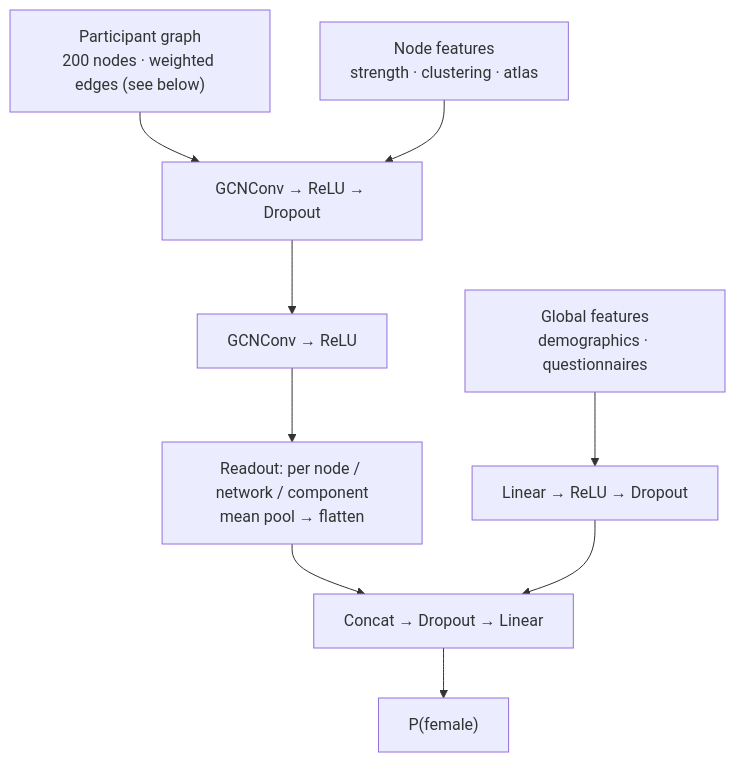
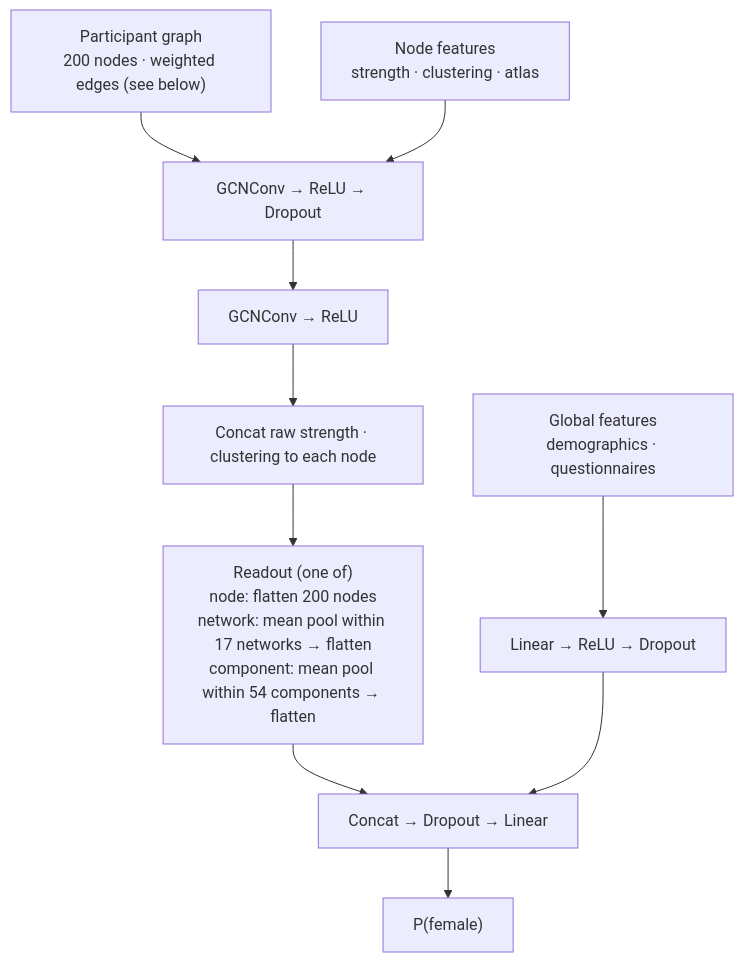
The second of 2 diagrams in README.md (Xuanyuuuu/brain-connectome-gnn), drawn with Mermaid before and after one commit.

Commit message:
README: correct readout description

````diff
--- a/README.md
+++ b/README.md
@@ -49,17 +49,18 @@
 ```mermaid
 flowchart TD
     G["Participant graph<br/>200 nodes · weighted edges (see below)"]
     X["Node features<br/>strength · clustering · atlas"]
     Q["Global features<br/>demographics · questionnaires"]
     C1["GCNConv → ReLU → Dropout"]
     C2["GCNConv → ReLU"]
-    R["Readout: per node / network / component<br/>mean pool → flatten"]
+    S["Concat raw strength · clustering to each node"]
+    R["Readout (one of)<br/>node: flatten 200 nodes<br/>network: mean pool within 17 networks → flatten<br/>component: mean pool within 54 components → flatten"]
     M["Linear → ReLU → Dropout"]
     H["Concat → Dropout → Linear"]
     Y["P(female)"]
     G --> C1
     X --> C1
-    C1 --> C2 --> R --> H
+    C1 --> C2 --> S --> R --> H
     Q --> M --> H
     H --> Y
 ```
````
